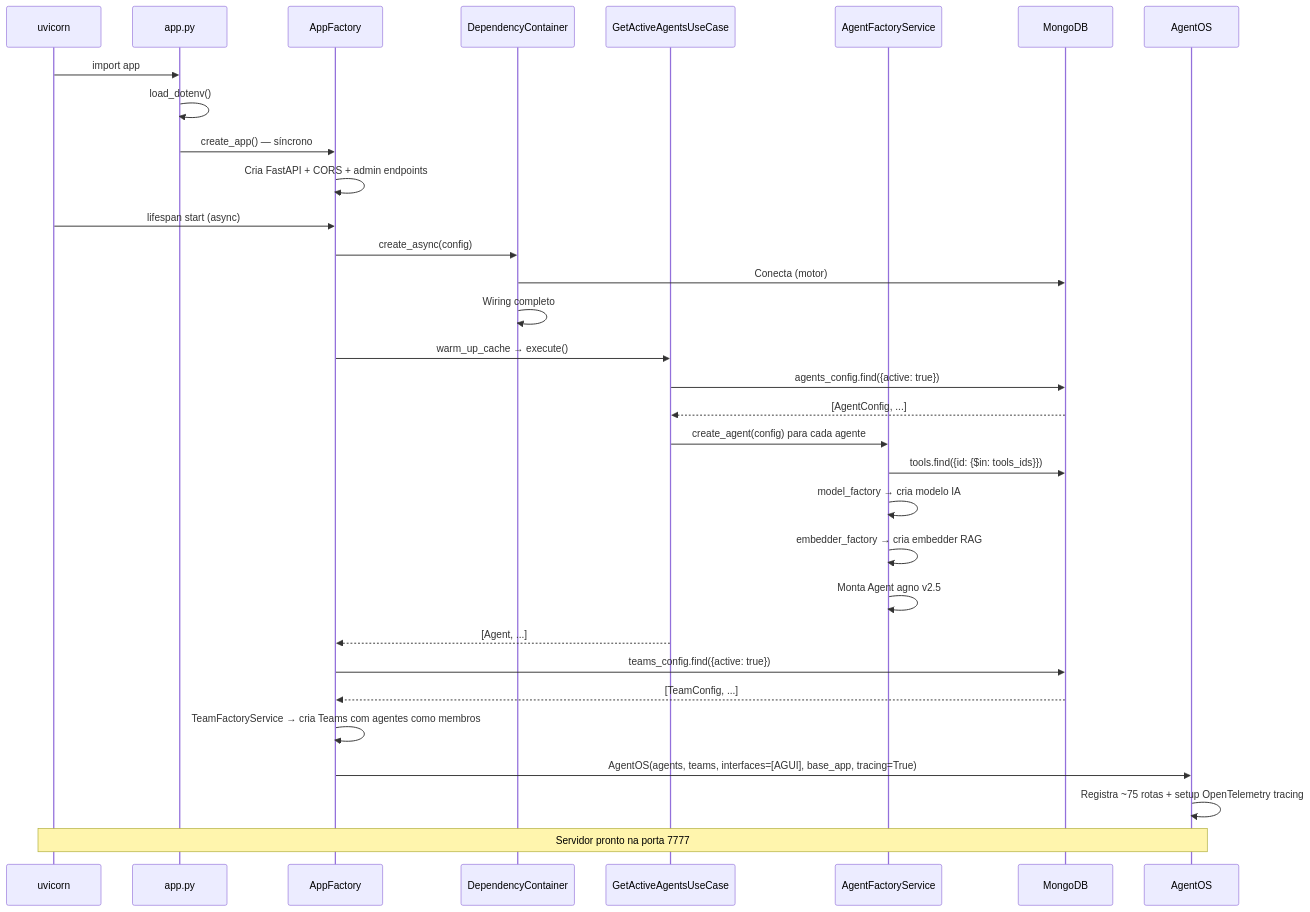
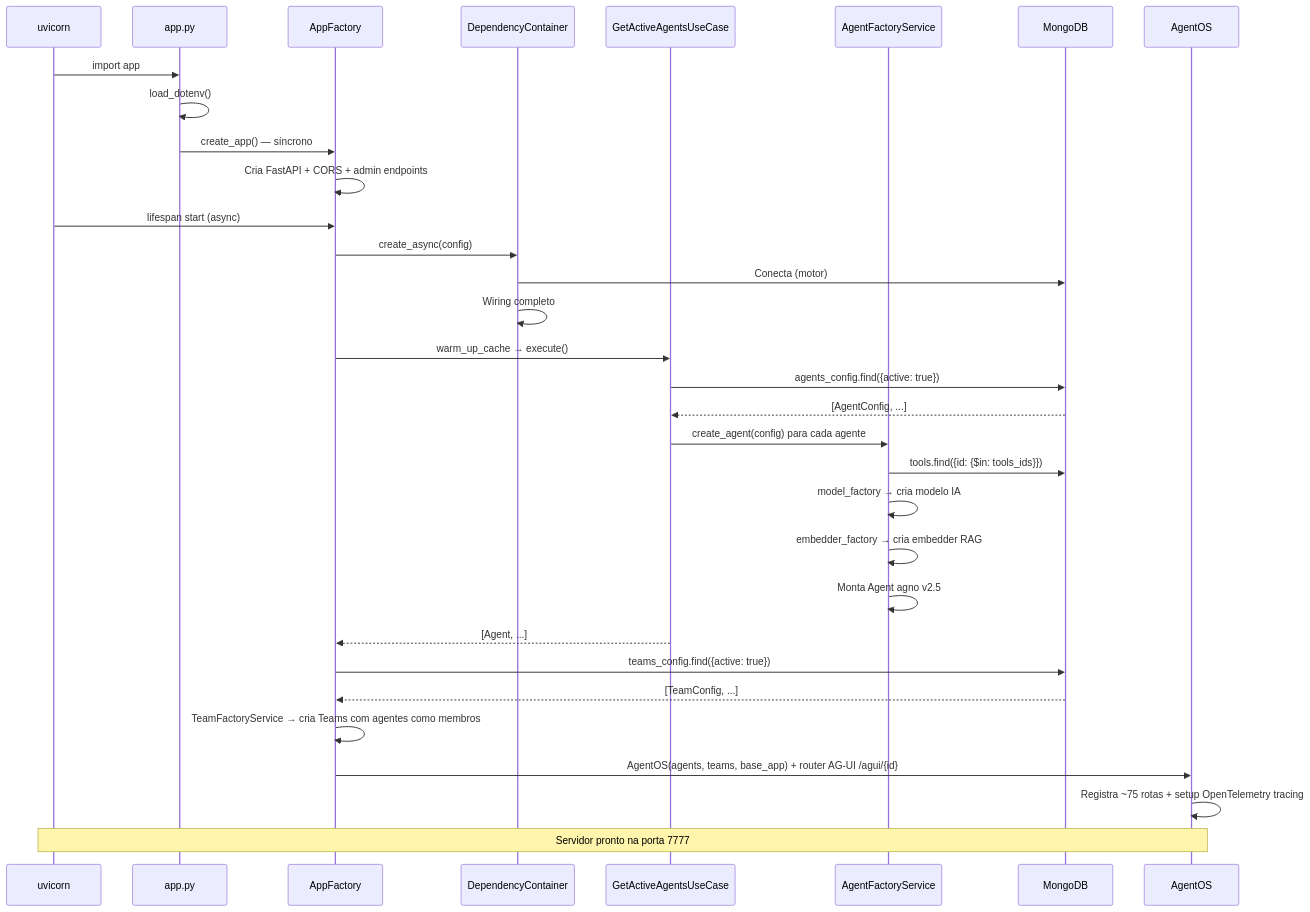
One commit to Mosfet04/orquestradorIAPythonArgo changed the second of 5 diagrams in README.pt-br.md. Above: the diagram before and after it, drawn with Mermaid. The commit also changed other lines of this file and 16 other files, not shown here.

First line of the commit message:
feat(agui): AG-UI por entidade em router próprio [F1-08]

````diff
--- a/README.pt-br.md
+++ b/README.pt-br.md
@@ -371,35 +371,35 @@
 ```mermaid
 sequenceDiagram
     participant U as uvicorn
     participant A as app.py
     participant F as AppFactory
     participant DI as DependencyContainer
     participant UC as GetActiveAgentsUseCase
     participant AF as AgentFactoryService
     participant MDB as MongoDB
     participant OS as AgentOS
 
     U->>A: import app
     A->>A: load_dotenv()
     A->>F: create_app() — síncrono
     F->>F: Cria FastAPI + CORS + admin endpoints
     U->>F: lifespan start (async)
     F->>DI: create_async(config)
     DI->>MDB: Conecta (motor)
     DI->>DI: Wiring completo
     F->>UC: warm_up_cache → execute()
     UC->>MDB: agents_config.find({active: true})
     MDB-->>UC: [AgentConfig, ...]
     UC->>AF: create_agent(config) para cada agente
     AF->>MDB: tools.find({id: {$in: tools_ids}})
     AF->>AF: model_factory → cria modelo IA
     AF->>AF: embedder_factory → cria embedder RAG
     AF->>AF: Monta Agent agno v2.5
     UC-->>F: [Agent, ...]
     F->>MDB: teams_config.find({active: true})
     MDB-->>F: [TeamConfig, ...]
     F->>F: TeamFactoryService → cria Teams com agentes como membros
-    F->>OS: AgentOS(agents, teams, interfaces=[AGUI], base_app, tracing=True)
+    F->>OS: AgentOS(agents, teams, base_app) + router AG-UI /agui/{id}
     OS->>OS: Registra ~75 rotas + setup OpenTelemetry tracing
     Note over U,OS: Servidor pronto na porta 7777
 ```
````
